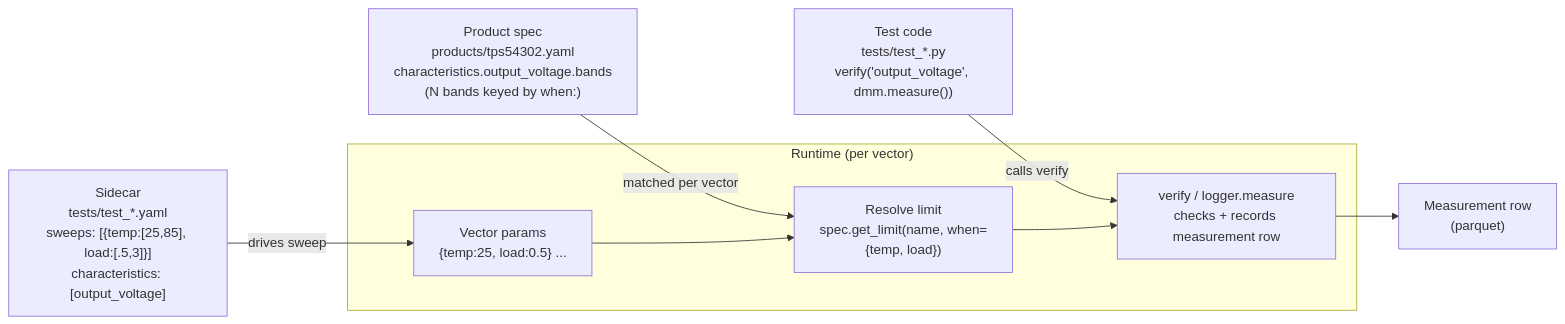
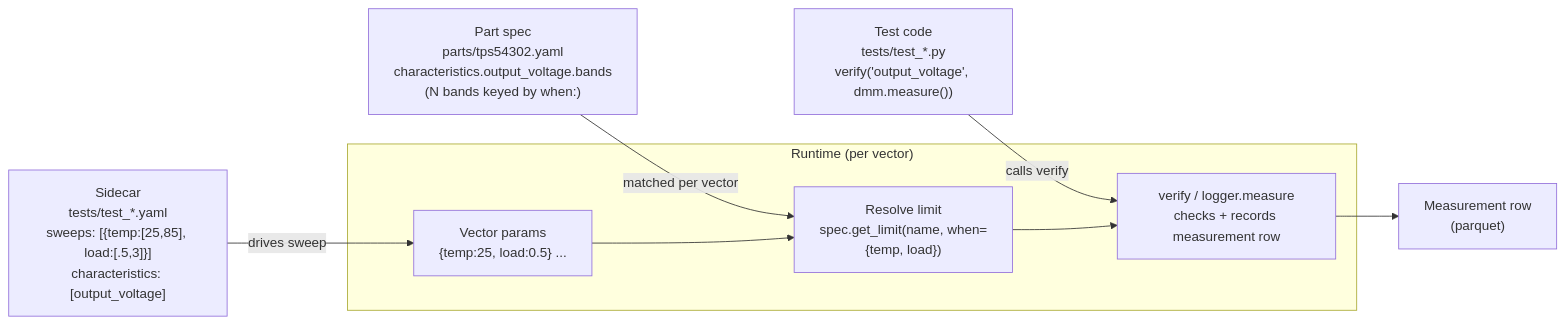
Before and after one commit to pragmatest-dev/testerkit: the seventh of 9 diagrams in docs/concepts/overview/architecture.md, drawn with Mermaid. The commit also changed other lines of this file and 246 other files, not shown here.

First line of the commit message:
refactor: rename product -> part across the codebase (#258)

````diff
--- a/docs/concepts/overview/architecture.md
+++ b/docs/concepts/overview/architecture.md
@@ -279,19 +279,19 @@
 ```mermaid
 flowchart LR
-    PS["Product spec<br/>products/tps54302.yaml<br/>characteristics.output_voltage.bands<br/>(N bands keyed by when:)"]
+    PS["Part spec<br/>parts/tps54302.yaml<br/>characteristics.output_voltage.bands<br/>(N bands keyed by when:)"]
     SC["Sidecar<br/>tests/test_*.yaml<br/>sweeps: [{temp:[25,85], load:[.5,3]}]<br/>characteristics: [output_voltage]"]
     TC["Test code<br/>tests/test_*.py<br/>verify('output_voltage', dmm.measure())"]
 
     subgraph Runtime["Runtime (per vector)"]
         V["Vector params<br/>{temp:25, load:0.5} ..."]
         CR["Resolve limit<br/>spec.get_limit(name, when={temp, load})"]
         VR["verify / logger.measure<br/>checks + records measurement row"]
     end
 
     PS -- "matched per vector" --> CR
     SC -- "drives sweep" --> V
     TC -- "calls verify" --> VR
     V --> CR
     CR --> VR
     VR --> M["Measurement row<br/>(parquet)"]
 ```
````
